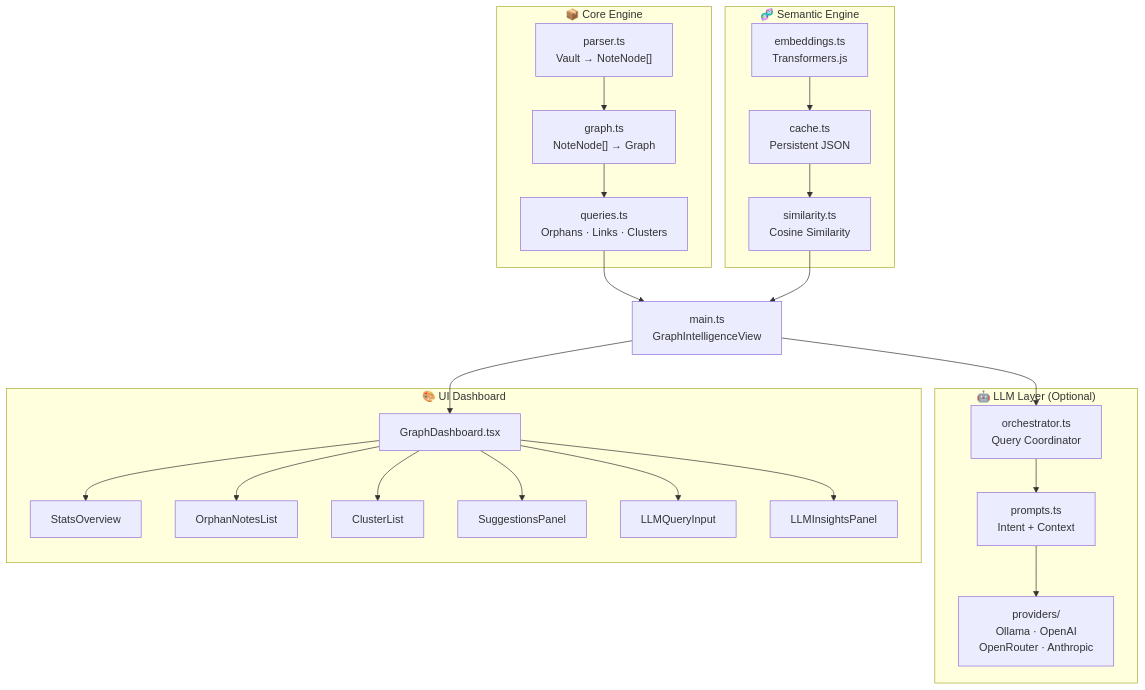
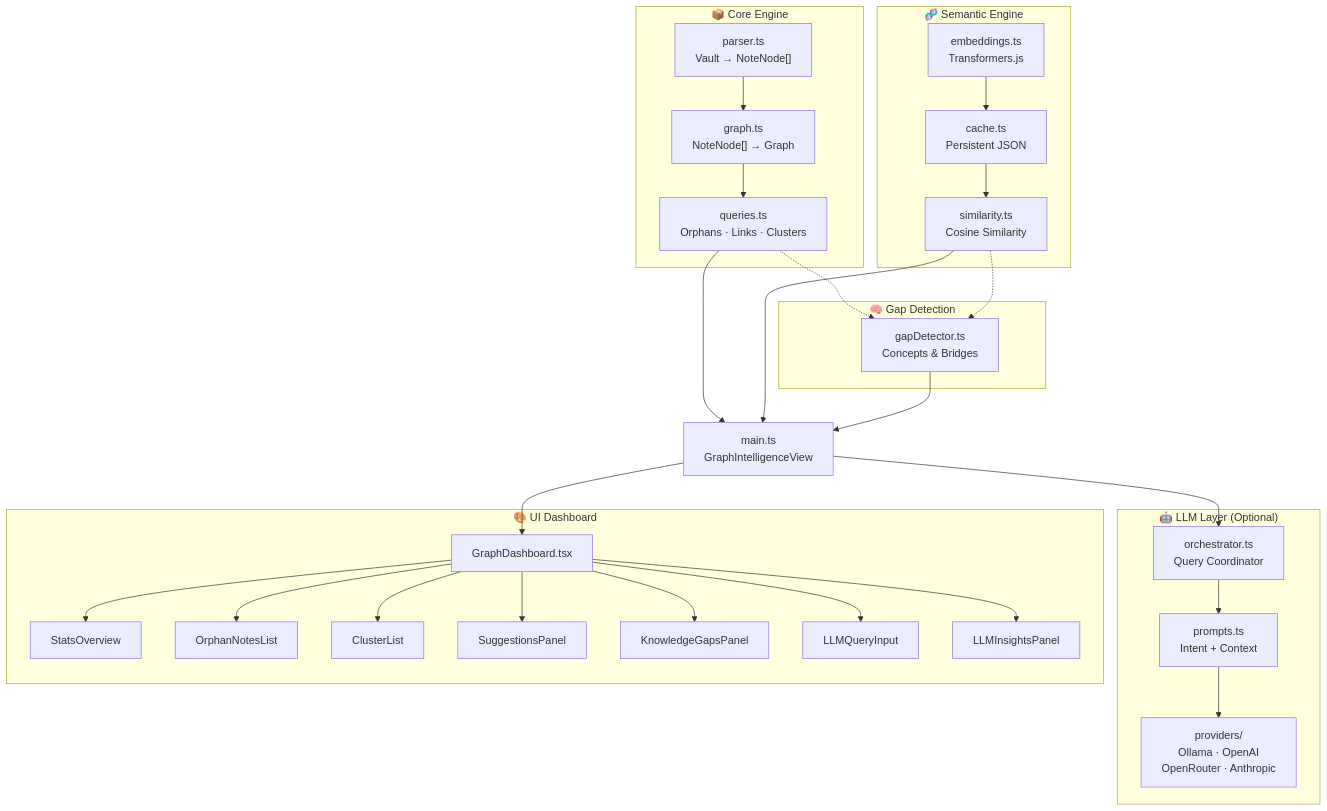
One commit to Rajveerx11/obsidian-graph-intelligence changed the first of 3 diagrams in README.md. Above: the diagram before and after it, drawn with Mermaid. The commit also changed other lines of this file and 1 other file, not shown here.

Commit message:
docs: add Knowledge Gap detection module documentation and architectural diagrams

````diff
--- a/README.md
+++ b/README.md
@@ -36,41 +37,49 @@
 ```mermaid
 graph TD
     subgraph Core["📦 Core Engine"]
         Parser["parser.ts<br/>Vault → NoteNode[]"]
         Graph["graph.ts<br/>NoteNode[] → Graph"]
         Queries["queries.ts<br/>Orphans · Links · Clusters"]
     end
 
     subgraph Semantic["🧬 Semantic Engine"]
         Embeddings["embeddings.ts<br/>Transformers.js"]
         Cache["cache.ts<br/>Persistent JSON"]
         Similarity["similarity.ts<br/>Cosine Similarity"]
     end
 
+    subgraph Gap["🧠 Gap Detection"]
+        Detector["gapDetector.ts<br/>Concepts & Bridges"]
+    end
+
     subgraph LLM["🤖 LLM Layer (Optional)"]
         Orchestrator["orchestrator.ts<br/>Query Coordinator"]
         Prompts["prompts.ts<br/>Intent + Context"]
         Providers["providers/<br/>Ollama · OpenAI<br/>OpenRouter · Anthropic"]
     end
 
     subgraph UI["🎨 UI Dashboard"]
         Dashboard["GraphDashboard.tsx"]
         Stats["StatsOverview"]
         Orphans["OrphanNotesList"]
         Clusters["ClusterList"]
         Suggestions["SuggestionsPanel"]
+        Gaps["KnowledgeGapsPanel"]
         AIInput["LLMQueryInput"]
         AIInsights["LLMInsightsPanel"]
     end
 
     Plugin["main.ts<br/>GraphIntelligenceView"]
 
     Parser --> Graph --> Queries
     Queries --> Plugin
     Embeddings --> Cache --> Similarity
     Similarity --> Plugin
+    Queries -.-> Detector
+    Similarity -.-> Detector
+    Detector --> Plugin
     Plugin --> Dashboard
     Plugin --> Orchestrator
     Orchestrator --> Prompts --> Providers
-    Dashboard --> Stats & Orphans & Clusters & Suggestions & AIInput & AIInsights
+    Dashboard --> Stats & Orphans & Clusters & Suggestions & Gaps & AIInput & AIInsights
 ```
````
